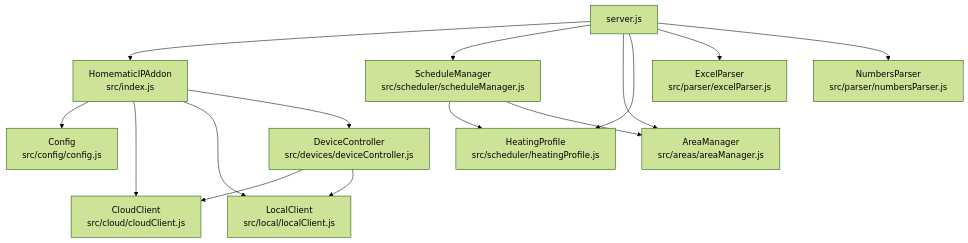
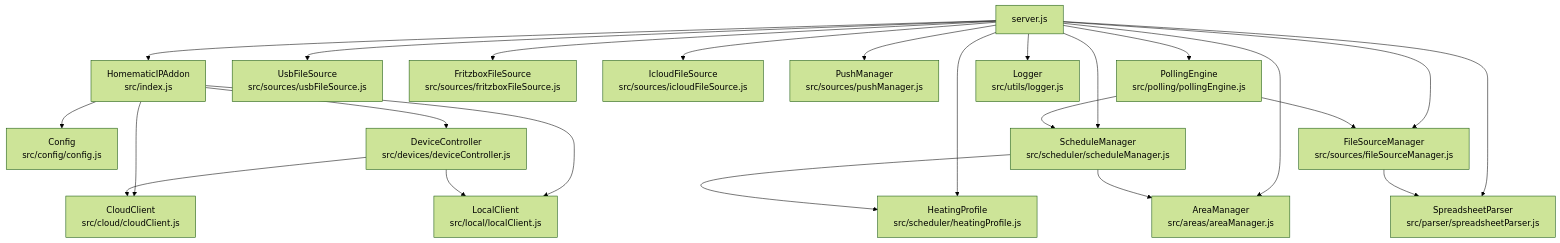
One commit to rore78/homematicHeatingWithNumbersFile changed the second of 5 diagrams in docs/architecture.md. Above: the diagram before and after it, drawn with Mermaid (forest theme). The commit also changed other lines of this file and 72 other files, not shown here.

````diff
--- a/docs/architecture.md
+++ b/docs/architecture.md
@@ -65,32 +90,48 @@
 ```mermaid
 graph TD
     server["server.js"]
     index["HomematicIPAddon<br/>src/index.js"]
     config["Config<br/>src/config/config.js"]
     cloud["CloudClient<br/>src/cloud/cloudClient.js"]
     local["LocalClient<br/>src/local/localClient.js"]
     dc["DeviceController<br/>src/devices/deviceController.js"]
     sm["ScheduleManager<br/>src/scheduler/scheduleManager.js"]
     hp["HeatingProfile<br/>src/scheduler/heatingProfile.js"]
     am["AreaManager<br/>src/areas/areaManager.js"]
-    ep["ExcelParser<br/>src/parser/excelParser.js"]
-    np["NumbersParser<br/>src/parser/numbersParser.js"]
+    sp["SpreadsheetParser<br/>src/parser/spreadsheetParser.js"]
+    fsm["FileSourceManager<br/>src/sources/fileSourceManager.js"]
+    usb["UsbFileSource<br/>src/sources/usbFileSource.js"]
+    ftp["FritzboxFileSource<br/>src/sources/fritzboxFileSource.js"]
+    ic["IcloudFileSource<br/>src/sources/icloudFileSource.js"]
+    pm["PushManager<br/>src/sources/pushManager.js"]
+    pe["PollingEngine<br/>src/polling/pollingEngine.js"]
+    log["Logger<br/>src/utils/logger.js"]
 
     server --> index
     server --> sm
     server --> am
     server --> hp
-    server --> ep
-    server --> np
+    server --> sp
+    server --> fsm
+    server --> usb
+    server --> ftp
+    server --> ic
+    server --> pm
+    server --> pe
+    server --> log
 
     index --> config
     index --> cloud
     index --> local
     index --> dc
 
     dc --> cloud
     dc --> local
 
     sm --> hp
     sm --> am
+
+    fsm --> sp
+    pe --> fsm
+    pe --> sm
 ```
````
